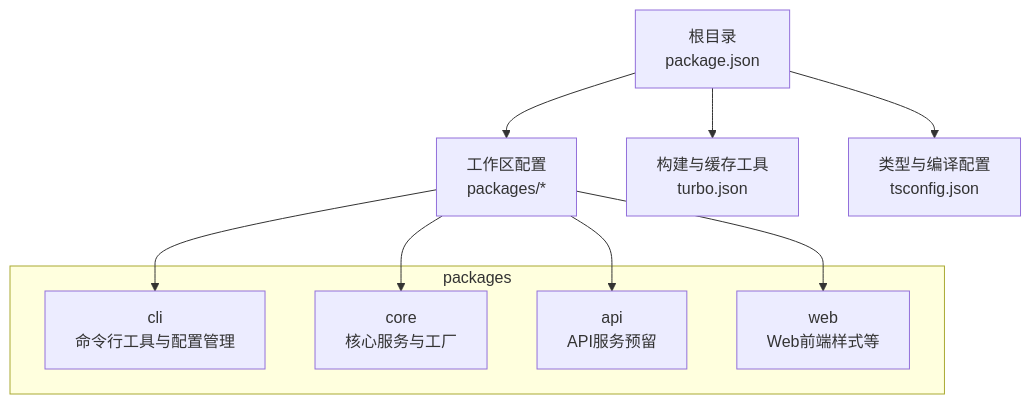
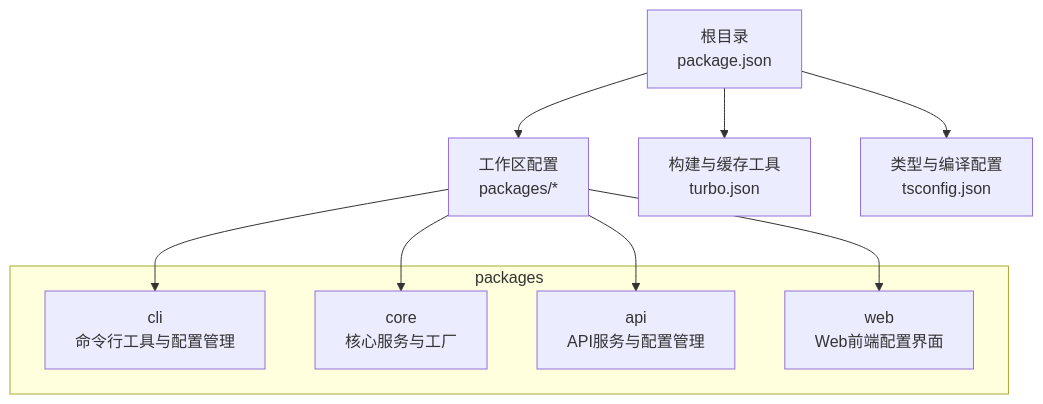
The first of 2 diagrams in .qoder/repowiki/zh/content/配置与定制.md (acproject/tomato_notebook), drawn with Mermaid before and after one commit. The commit also changed other lines of this file and 14 other files, not shown here.

````diff
--- a/.qoder/repowiki/zh/content/配置与定制.md
+++ b/.qoder/repowiki/zh/content/配置与定制.md
@@ -38,16 +54,16 @@
 ```mermaid
 graph TB
 A["根目录<br/>package.json"] --> B["工作区配置<br/>packages/*"]
 A --> C["构建与缓存工具<br/>turbo.json"]
 A --> D["类型与编译配置<br/>tsconfig.json"]
 subgraph "packages"
 E["cli<br/>命令行工具与配置管理"]
 F["core<br/>核心服务与工厂"]
-G["api<br/>API服务预留"]
-H["web<br/>Web前端样式等"]
+G["api<br/>API服务与配置管理"]
+H["web<br/>Web前端配置界面"]
 end
 B --> E
 B --> F
 B --> G
 B --> H
 ```
````
